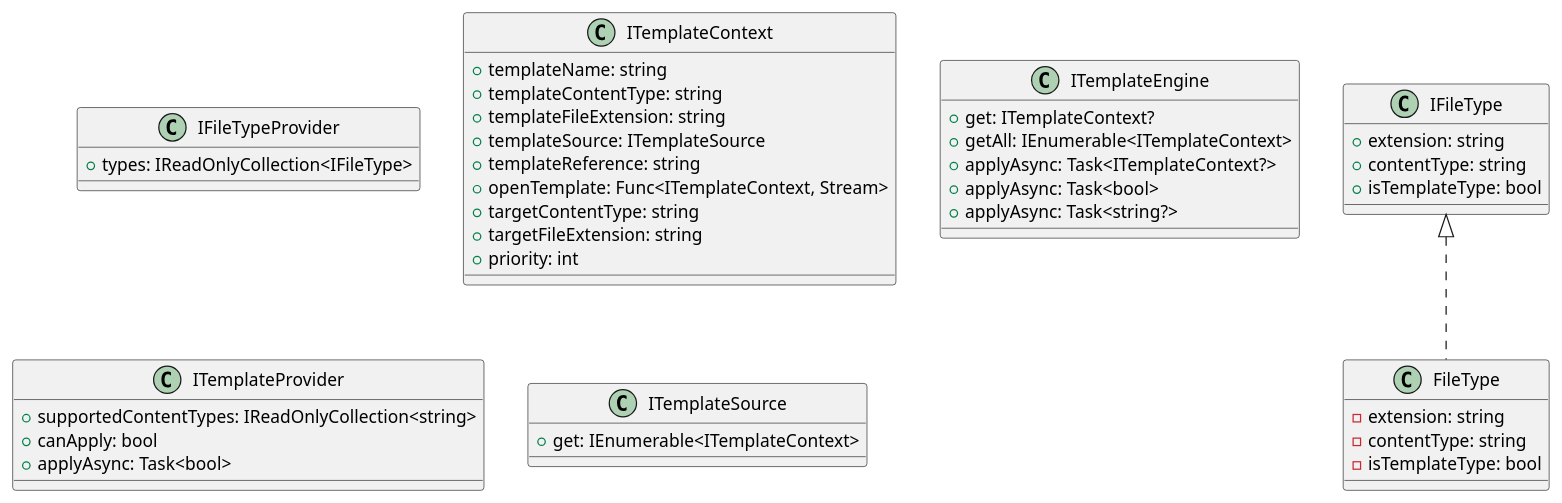
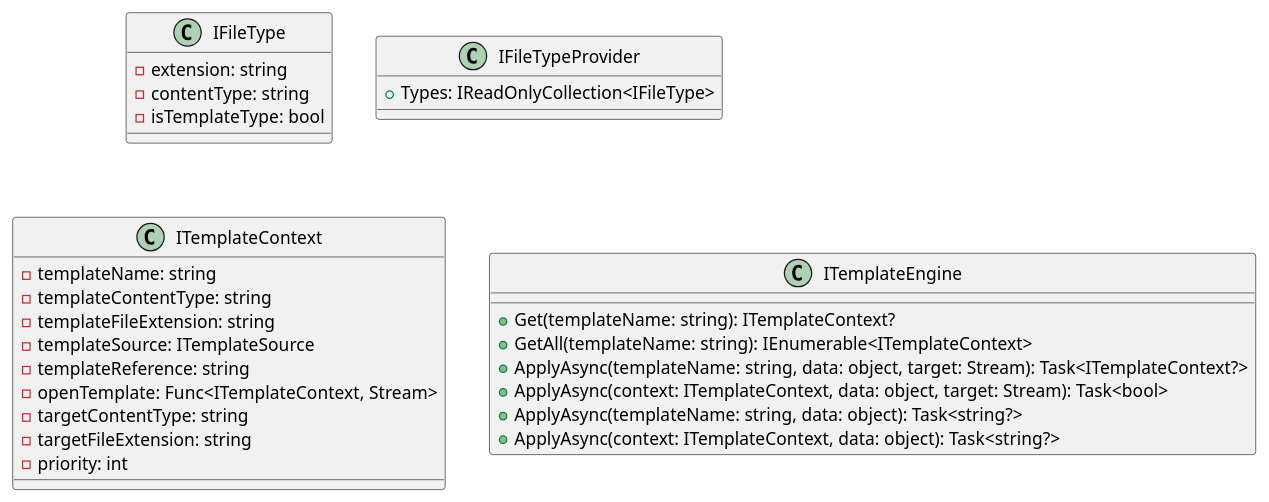
One commit to mwwhited-forks/dotnet-libs changed the first of 2 diagrams in docs/generated/Framework/Eliassen.System.Abstractions/Text/Templating/Documentation.md. Above: the diagram before and after it, drawn with PlantUML. The commit also changed other lines of this file and 444 other files, not shown here.

````diff
--- a/docs/generated/Framework/Eliassen.System.Abstractions/Text/Templating/Documentation.md
+++ b/docs/generated/Framework/Eliassen.System.Abstractions/Text/Templating/Documentation.md
@@ -88,50 +28,34 @@
 ```plantuml
 @startuml
-class FileType implements IFileType {
+class IFileType {
   - extension: string
   - contentType: string
   - isTemplateType: bool
 }
 
-class IFileType {
-  + extension: string
-  + contentType: string
-  + isTemplateType: bool
-}
-
 class IFileTypeProvider {
-  + types: IReadOnlyCollection<IFileType>
+  + Types: IReadOnlyCollection<IFileType>
 }
 
 class ITemplateContext {
-  + templateName: string
-  + templateContentType: string
-  + templateFileExtension: string
-  + templateSource: ITemplateSource
-  + templateReference: string
-  + openTemplate: Func<ITemplateContext, Stream>
-  + targetContentType: string
-  + targetFileExtension: string
-  + priority: int
+  - templateName: string
+  - templateContentType: string
+  - templateFileExtension: string
+  - templateSource: ITemplateSource
+  - templateReference: string
+  - openTemplate: Func<ITemplateContext, Stream>
+  - targetContentType: string
+  - targetFileExtension: string
+  - priority: int
 }
 
 class ITemplateEngine {
-  + get: ITemplateContext?
-  + getAll: IEnumerable<ITemplateContext>
-  + applyAsync: Task<ITemplateContext?>
-  + applyAsync: Task<bool>
-  + applyAsync: Task<string?>
+  + Get(templateName: string): ITemplateContext?
+  + GetAll(templateName: string): IEnumerable<ITemplateContext>
+  + ApplyAsync(templateName: string, data: object, target: Stream): Task<ITemplateContext?>
+  + ApplyAsync(context: ITemplateContext, data: object, target: Stream): Task<bool>
+  + ApplyAsync(templateName: string, data: object): Task<string?>
+  + ApplyAsync(context: ITemplateContext, data: object): Task<string?>
 }
-
-class ITemplateProvider {
-  + supportedContentTypes: IReadOnlyCollection<string>
-  + canApply: bool
-  + applyAsync: Task<bool>
-}
-
-class ITemplateSource {
-  + get: IEnumerable<ITemplateContext>
-}
-
 @enduml
 ```
````
